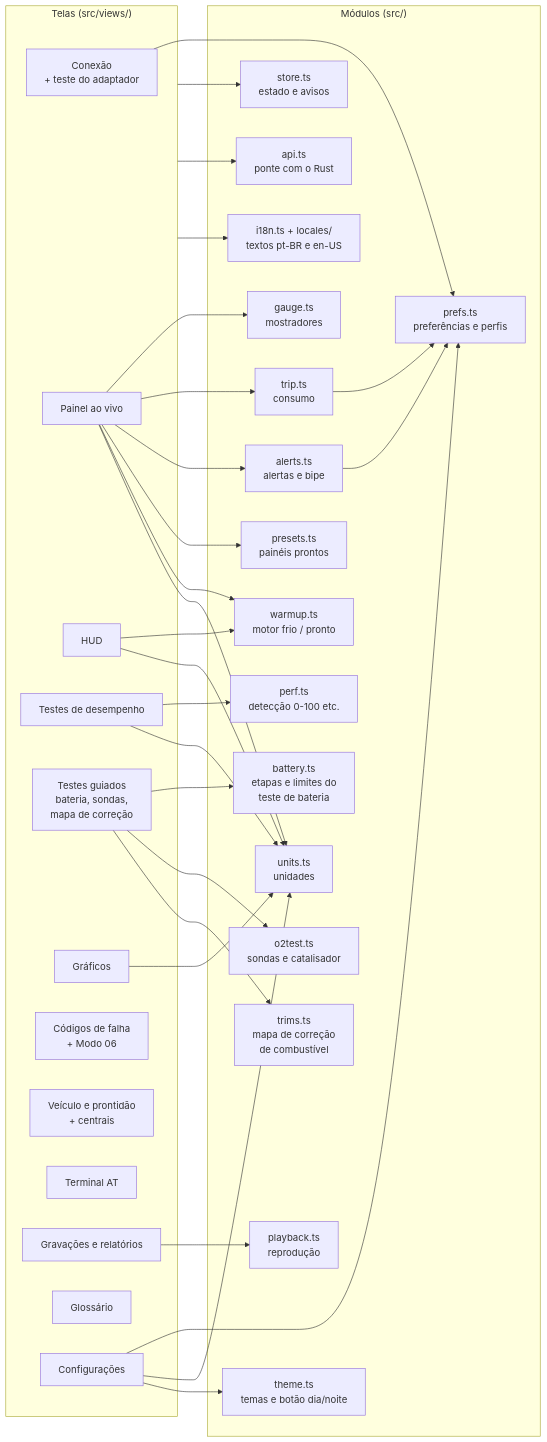
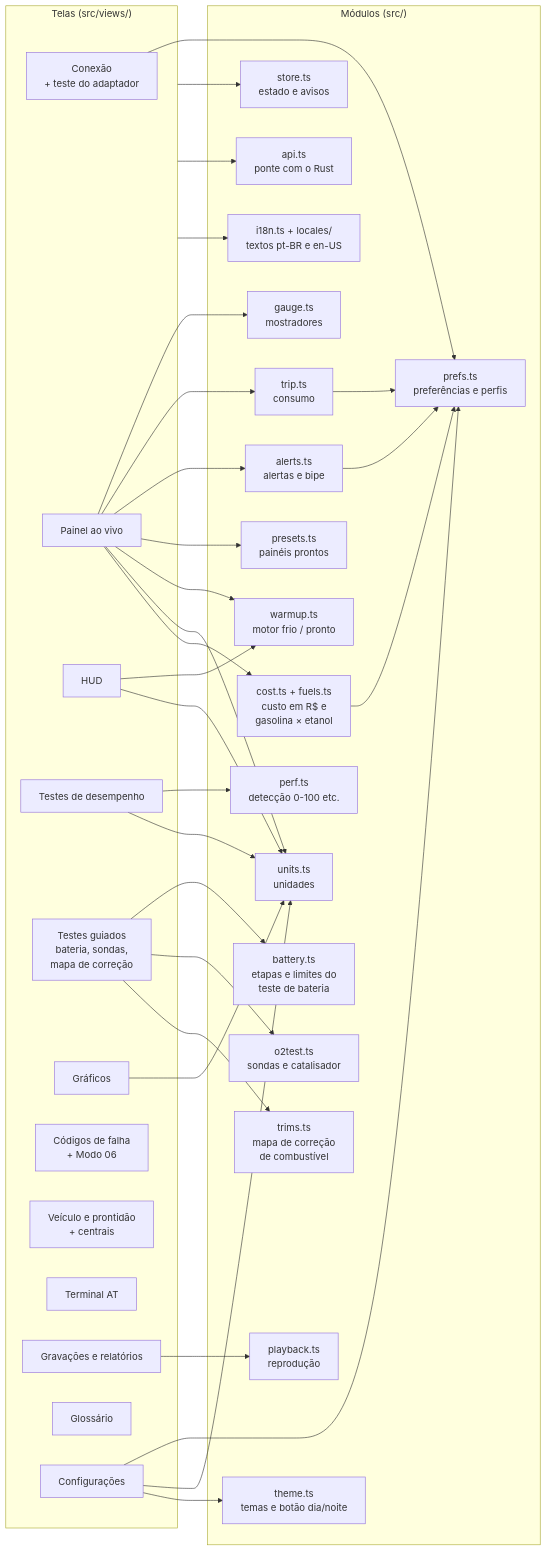
Before and after one commit to samuvieceli/obd2-scanner: the eighth of 12 diagrams in docs/DIAGRAMAS.md, drawn with Mermaid. The commit also changed 14 other files, not shown here.

First line of the commit message:
Primeiros passos, custo da viagem em R$ e comparação gasolina x etanol

````diff
--- a/docs/DIAGRAMAS.md
+++ b/docs/DIAGRAMAS.md
@@ -200,47 +200,50 @@
 ```mermaid
 flowchart LR
     subgraph telas["Telas (src/views/)"]
         connection["Conexão<br/>+ teste do adaptador"]
         dashboard["Painel ao vivo"]
         hud["HUD"]
         performance["Testes de desempenho"]
         guided["Testes guiados<br/>bateria, sondas,<br/>mapa de correção"]
         charts["Gráficos"]
         diagnostics["Códigos de falha<br/>+ Modo 06"]
         vehicle["Veículo e prontidão<br/>+ centrais"]
         terminal["Terminal AT"]
         sessions["Gravações e relatórios"]
         glossary["Glossário"]
         settings["Configurações"]
     end
     subgraph modulos["Módulos (src/)"]
         store["store.ts<br/>estado e avisos"]
         api["api.ts<br/>ponte com o Rust"]
         trip["trip.ts<br/>consumo"]
+        cost["cost.ts + fuels.ts<br/>custo em R$ e<br/>gasolina × etanol"]
         perf["perf.ts<br/>detecção 0-100 etc."]
         battery["battery.ts<br/>etapas e limites do<br/>teste de bateria"]
         o2test["o2test.ts<br/>sondas e catalisador"]
         trims["trims.ts<br/>mapa de correção<br/>de combustível"]
         alerts["alerts.ts<br/>alertas e bipe"]
         playback["playback.ts<br/>reprodução"]
         prefs["prefs.ts<br/>preferências e perfis"]
         units["units.ts<br/>unidades"]
         gauge["gauge.ts<br/>mostradores"]
         theme["theme.ts<br/>temas e botão dia/noite"]
         presets["presets.ts<br/>painéis prontos"]
         warmup["warmup.ts<br/>motor frio / pronto"]
         i18n["i18n.ts + locales/<br/>textos pt-BR e en-US"]
     end
     dashboard --> gauge & trip & alerts & presets & warmup
     hud --> warmup
     performance --> perf
     guided --> battery & o2test & trims
     sessions --> playback
     settings --> prefs & units & theme
     connection --> prefs
     dashboard & hud & charts & performance --> units
     telas --> store
     telas --> api
     telas --> i18n
     trip & alerts --> prefs
+    dashboard --> cost
+    cost --> prefs
 ```
````
